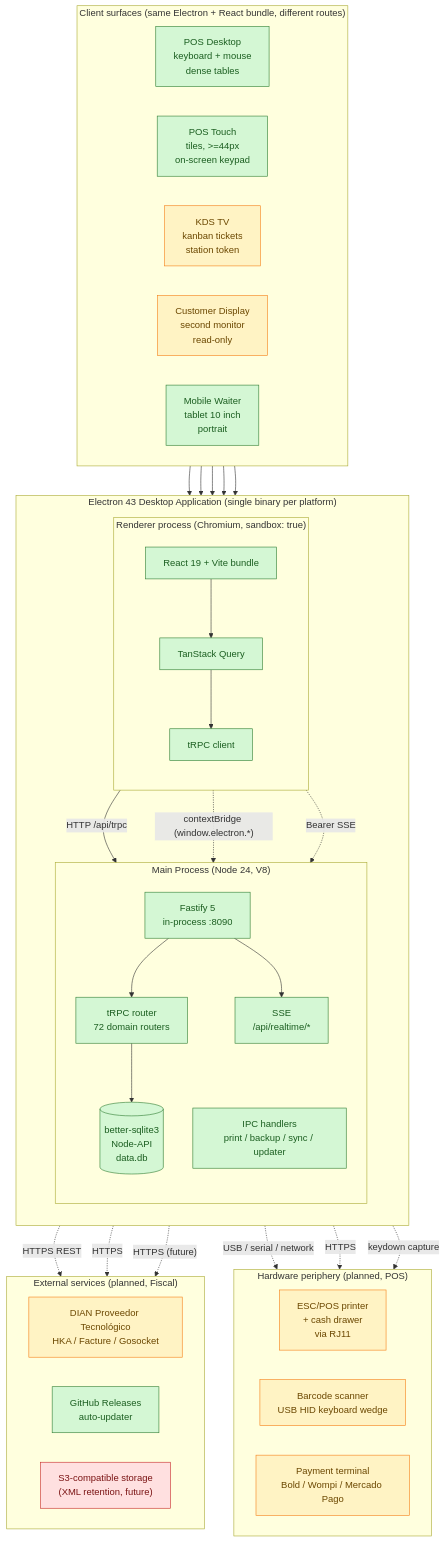
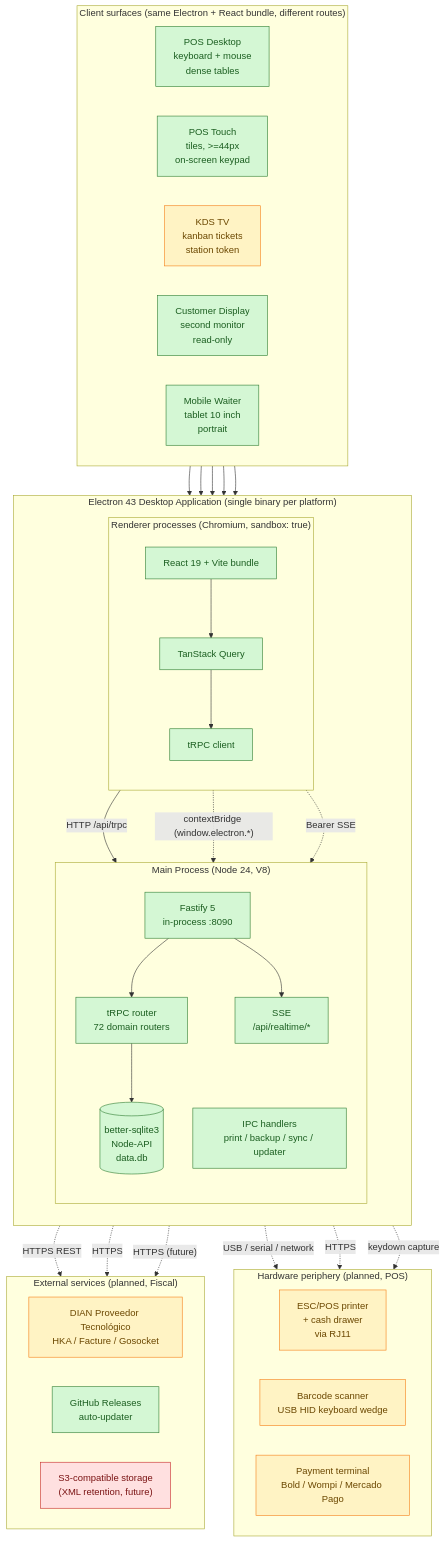
Before and after one commit to johnny4young/puntovivo: the diagram in docs/architecture.mmd, drawn with Mermaid. The commit also changed 94 other files, not shown here.

```diff
--- a/docs/architecture.mmd
+++ b/docs/architecture.mmd
@@ -1,81 +1,81 @@
 %% Puntovivo architecture — high-level process and client surface topology
 %% Render: pnpm dlx @mermaid-js/mermaid-cli -i docs/architecture.mmd -o docs/architecture.svg -b transparent
 %% The -b transparent flag is required: mermaid-cli defaults to a white page
 %% background, which regresses the diagram on dark-mode surfaces. The SVG
 %% root style must keep background-color: transparent after every re-render.
 %% Source of truth for the system diagram embedded in docs/ARCHITECTURE.md and README.md.
 
 flowchart TB
   subgraph Electron["Electron 43 Desktop Application (single binary per platform)"]
     direction TB
 
     subgraph Main["Main Process (Node 24, V8)"]
       direction TB
       F["Fastify 5<br/>in-process :8090"]
       T["tRPC router<br/>72 domain routers"]
       DB[("better-sqlite3<br/>Node-API<br/>data.db")]
       IPC["IPC handlers<br/>print / backup / sync / updater"]
       SSE["SSE<br/>/api/realtime/*"]
       F --> T
       F --> SSE
       T --> DB
     end
 
-    subgraph Renderer["Renderer process (Chromium, sandbox: true)"]
+    subgraph Renderer["Renderer processes (Chromium, sandbox: true)"]
       direction TB
       R["React 19 + Vite bundle"]
       Q["TanStack Query"]
       C["tRPC client"]
       R --> Q --> C
     end
 
     C -- "HTTP /api/trpc" --> F
     R -. "contextBridge (window.electron.*)" .-> IPC
     R -. "Bearer SSE" .-> SSE
   end
 
   subgraph Surfaces["Client surfaces (same Electron + React bundle, different routes)"]
     direction LR
     POSD["POS Desktop<br/>keyboard + mouse<br/>dense tables"]
     POST["POS Touch<br/>tiles, >=44px<br/>on-screen keypad"]
     KDS["KDS TV<br/>kanban tickets<br/>station token"]
     CUST["Customer Display<br/>second monitor<br/>read-only"]
     MOB["Mobile Waiter<br/>tablet 10 inch<br/>portrait"]
   end
 
   POSD --> Renderer
   POST --> Renderer
   KDS --> Renderer
   CUST --> Renderer
   MOB --> Renderer
 
   subgraph Peripherals["Hardware periphery (planned, POS)"]
     direction LR
     ESCP["ESC/POS printer<br/>+ cash drawer<br/>via RJ11"]
     SCAN["Barcode scanner<br/>USB HID keyboard wedge"]
     DAT["Payment terminal<br/>Bold / Wompi / Mercado Pago"]
   end
 
   IPC -. "USB / serial / network" .-> ESCP
   Renderer -. "keydown capture" .-> SCAN
   T -. "HTTPS" .-> DAT
 
   subgraph External["External services (planned, Fiscal)"]
     direction LR
     PT["DIAN Proveedor Tecnológico<br/>HKA / Facture / Gosocket"]
     UPD["GitHub Releases<br/>auto-updater"]
     S3["S3-compatible storage<br/>(XML retention, future)"]
   end
 
   T -. "HTTPS REST" .-> PT
   IPC -. "HTTPS" .-> UPD
   IPC -. "HTTPS (future)" .-> S3
 
   classDef shipped fill:#d4f7d4,stroke:#2e7d32,color:#1b5e20
   classDef planned fill:#fff3c4,stroke:#f57f17,color:#6b4700
   classDef future fill:#ffe0e0,stroke:#c62828,color:#7a1313
 
   class F,T,DB,IPC,SSE,R,Q,C,POSD,UPD shipped
-  class POST,MOB shipped
-  class KDS,CUST,ESCP,SCAN,DAT,PT planned
+  class POST,MOB,CUST shipped
+  class KDS,ESCP,SCAN,DAT,PT planned
   class S3 future
```
